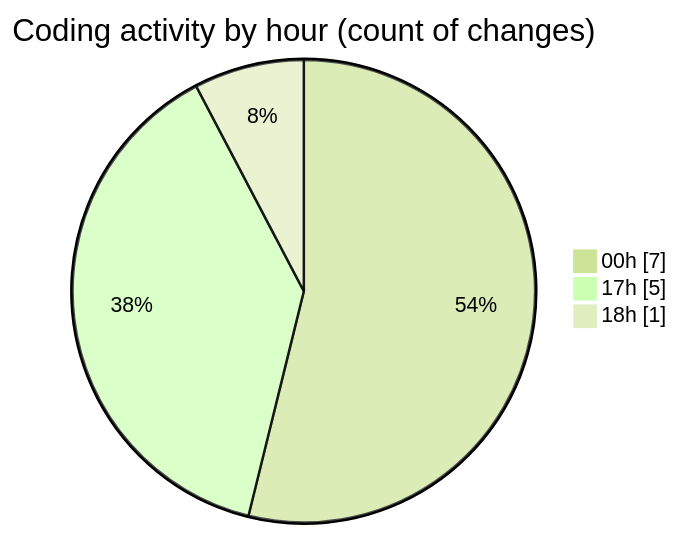
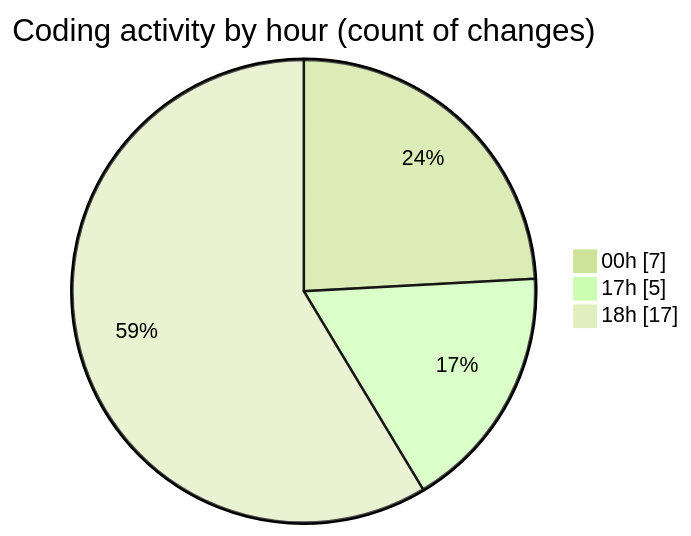
Before and after one commit to Elitesun/code-tracking: the second of 2 diagrams in 2025-05-25/elitesun/README.md, drawn with Mermaid (forest theme). The commit also changed other lines of this file and 1 other file, not shown here.

````diff
--- a/2025-05-25/elitesun/README.md
+++ b/2025-05-25/elitesun/README.md
@@ -34,7 +36,7 @@
 ```mermaid
 pie showData
 title Coding activity by hour (count of changes)
 "00h" : 7
 "17h" : 5
-"18h" : 1
+"18h" : 17
 ```
````
